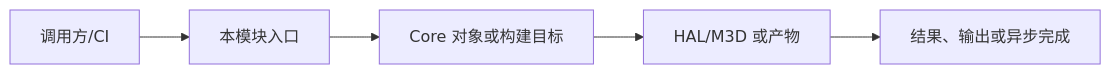
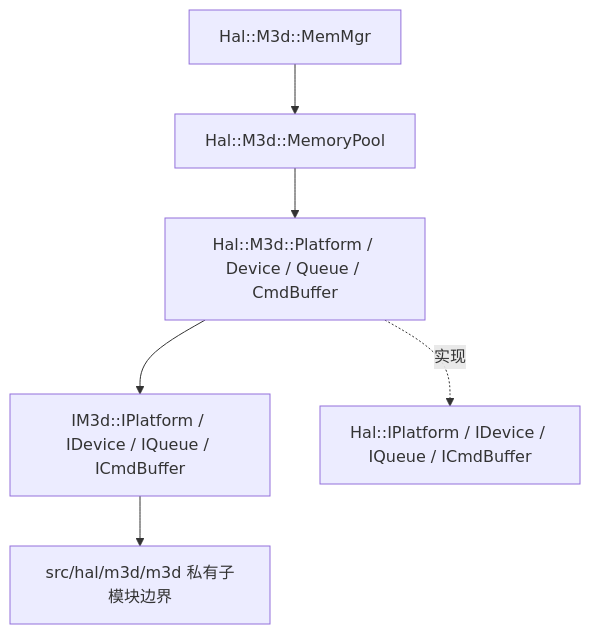
One commit to visionarywind/Projects changed the first of 4 diagrams in musa/01-modules/M09-hal-m3d/diagrams.md. Above: the diagram before and after it, drawn with Mermaid. The commit also changed other lines of this file and 388 other files, not shown here.

````diff
--- a/musa/01-modules/M09-hal-m3d/diagrams.md
+++ b/musa/01-modules/M09-hal-m3d/diagrams.md
@@ -5,7 +14,9 @@
 ```mermaid
-flowchart LR
- U[调用方/CI] --> I[本模块入口]
- I --> O[Core 对象或构建目标]
- O --> H[HAL/M3D 或产物]
- H --> R[结果、输出或异步完成]
+flowchart TD
+  C[Hal::M3d::Platform / Device / Queue / CmdBuffer]
+  C --> O[IM3d::IPlatform / IDevice / IQueue / ICmdBuffer]
+  O --> S[src/hal/m3d/m3d 私有子模块边界]
+  C -.实现.-> I[Hal::IPlatform / IDevice / IQueue / ICmdBuffer]
+  M[Hal::M3d::MemMgr] --> P[Hal::M3d::MemoryPool]
+  P --> C
 ```
````
